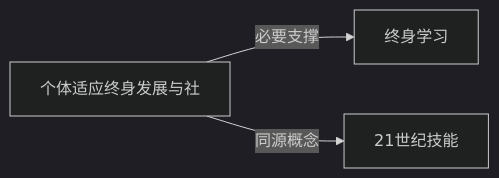
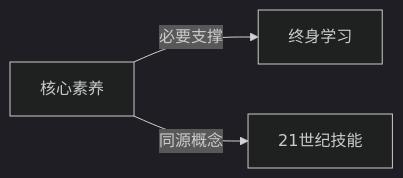
The diagram in Knowledge/Concepts/教育/核心素养.md (KIMMCHOW/MyKnowledge), drawn with Mermaid (dark theme) before and after one commit. The commit also changed 96 other files, not shown here.

Commit message:
fix: 修复概念页关系图节点并补齐缺失关联

````diff
--- a/Knowledge/Concepts/教育/核心素养.md
+++ b/Knowledge/Concepts/教育/核心素养.md
@@ -41,5 +41,5 @@
 ```mermaid
 graph LR
-    个体适应终身发展与社 -->|必要支撑| 终身学习
-    个体适应终身发展与社 -->|同源概念| 21世纪技能
+核心素养 -->|必要支撑| 终身学习
+核心素养 -->|同源概念| 21世纪技能
 ```
````
